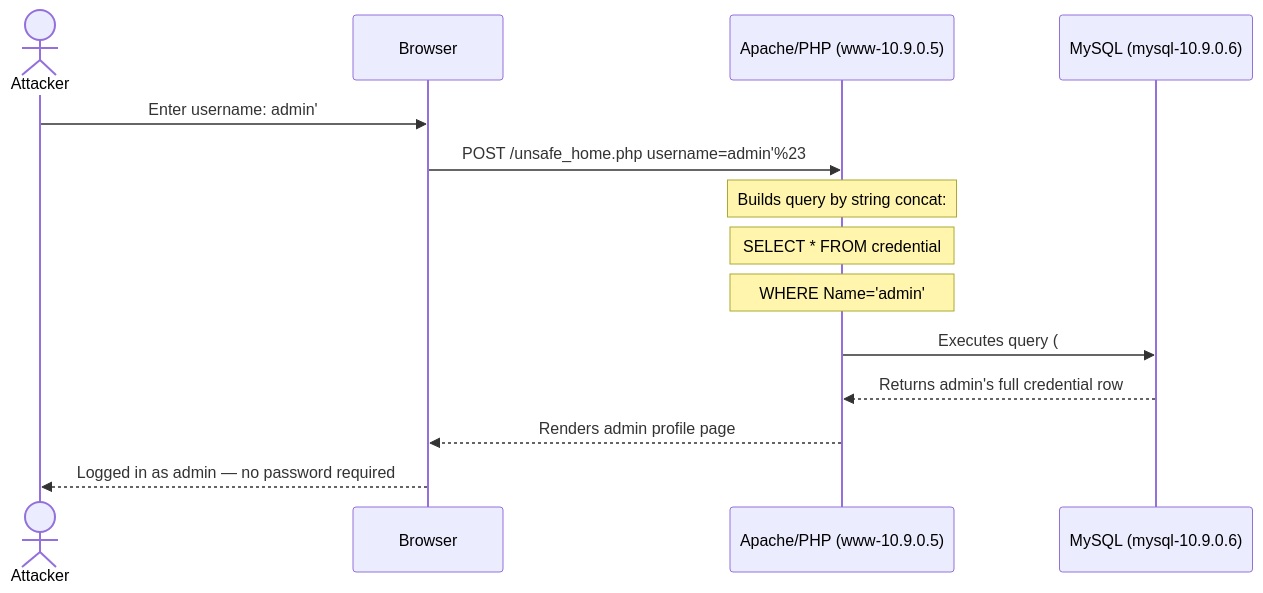
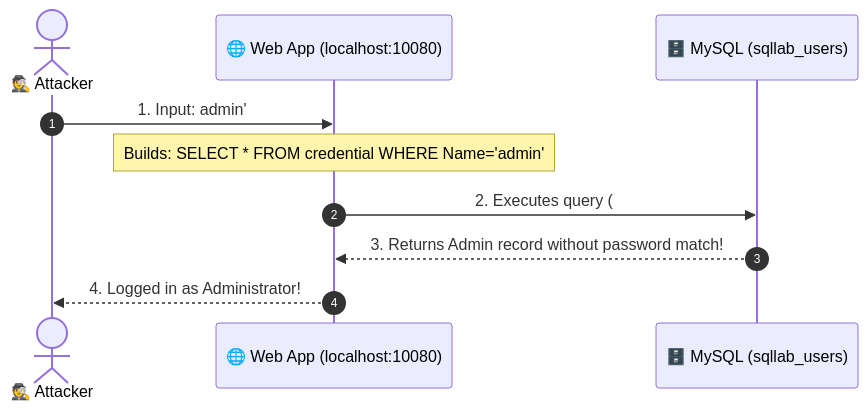
Before and after one commit to shalin-rahman/cyber_security: the first of 2 diagrams in seed-web-security-docker/labs/01-sql-injection/README.md, drawn with Mermaid. The commit also changed other lines of this file and 65 other files, not shown here.

````diff
--- a/seed-web-security-docker/labs/01-sql-injection/README.md
+++ b/seed-web-security-docker/labs/01-sql-injection/README.md
@@ -33,17 +36,13 @@
 ```mermaid
 sequenceDiagram
-    actor Attacker
-    participant Browser
-    participant Apache as Apache/PHP (www-10.9.0.5)
-    participant MySQL as MySQL (mysql-10.9.0.6)
+    autonumber
+    actor Attacker as 🕵️ Attacker
+    participant Web as 🌐 Web App (localhost:10080)
+    participant DB as 🗄️ MySQL (sqllab_users)
 
-    Attacker->>Browser: Enter username: admin'#  password: anything
-    Browser->>Apache: POST /unsafe_home.php  username=admin'%23
-    Note over Apache: Builds query by string concat:
-    Note over Apache: SELECT * FROM credential
-    Note over Apache: WHERE Name='admin'#' AND Password='...'
-    Apache->>MySQL: Executes query (# comments out password check)
-    MySQL-->>Apache: Returns admin's full credential row
-    Apache-->>Browser: Renders admin profile page
-    Browser-->>Attacker: Logged in as admin — no password required
+    Attacker->>Web: 1. Input: admin'# (Password: dummy)
+    Note over Web: Builds: SELECT * FROM credential WHERE Name='admin'#' AND Password='...'
+    Web->>DB: 2. Executes query (# comments out password check)
+    DB-->>Web: 3. Returns Admin record without password match!
+    Web-->>Attacker: 4. Logged in as Administrator!
 ```
````
